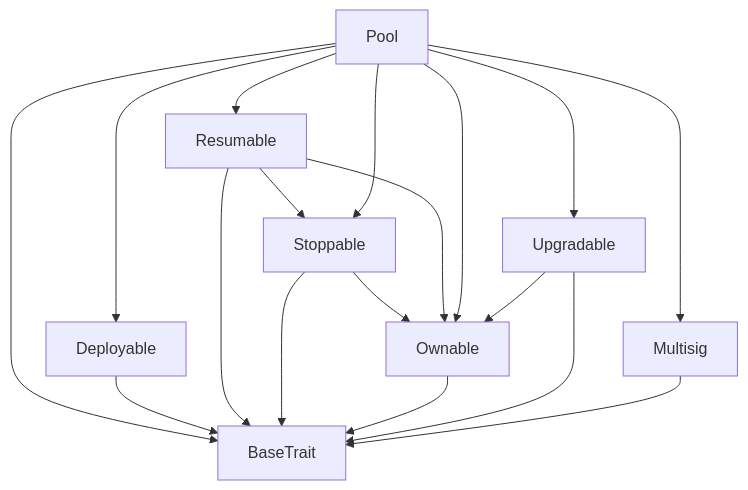
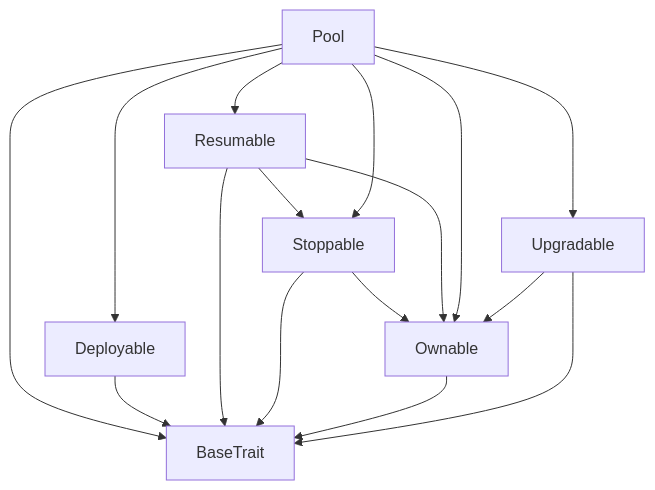
The first of 2 diagrams in build/Pool/tact_Pool.md (TonTradoor/tradoor-contracts-v3-usdt-public), drawn with Mermaid before and after one commit. The commit also changed other lines of this file and 47 other files, not shown here.

````diff
--- a/build/Pool/tact_Pool.md
+++ b/build/Pool/tact_Pool.md
@@ -369,21 +353,19 @@
 ```mermaid
 graph TD
 Pool
 Pool --> BaseTrait
 Pool --> Deployable
 Deployable --> BaseTrait
 Pool --> Resumable
 Resumable --> BaseTrait
 Resumable --> Stoppable
 Stoppable --> BaseTrait
 Stoppable --> Ownable
 Ownable --> BaseTrait
 Resumable --> Ownable
 Pool --> Stoppable
 Pool --> Ownable
 Pool --> Upgradable
 Upgradable --> BaseTrait
 Upgradable --> Ownable
-Pool --> Multisig
-Multisig --> BaseTrait
 ```
````
